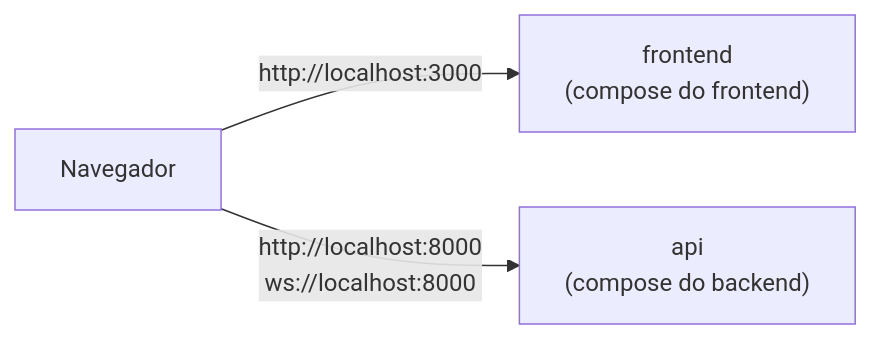
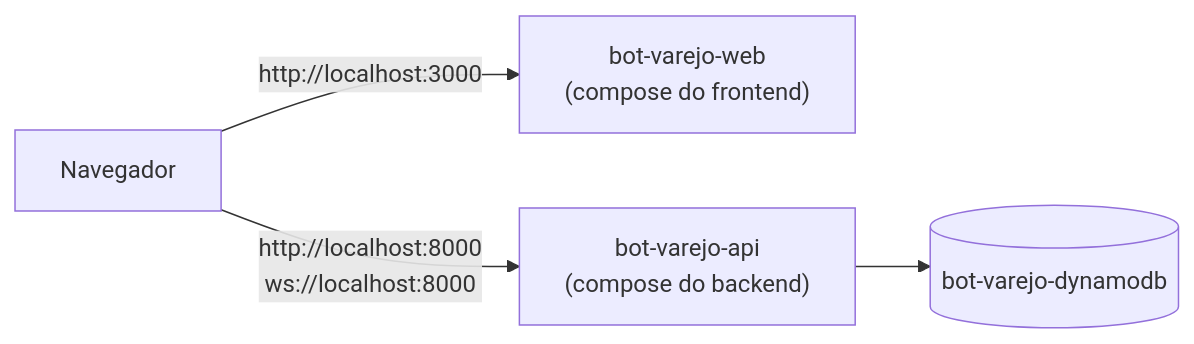
The second of 3 diagrams in backend/docs/08-docker-deploy.md (oseasmoreto/bot-chat), drawn with Mermaid before and after one commit. The commit also changed other lines of this file and 26 other files, not shown here.

````diff
--- a/backend/docs/08-docker-deploy.md
+++ b/backend/docs/08-docker-deploy.md
@@ -124,5 +197,6 @@
 ```mermaid
 flowchart LR
-    b["Navegador"] -->|"http://localhost:3000"| f["frontend<br/>(compose do frontend)"]
-    b -->|"http://localhost:8000<br/>ws://localhost:8000"| a["api<br/>(compose do backend)"]
+    b["Navegador"] -->|"http://localhost:3000"| f["bot-varejo-web<br/>(compose do frontend)"]
+    b -->|"http://localhost:8000<br/>ws://localhost:8000"| a["bot-varejo-api<br/>(compose do backend)"]
+    a --> d[("bot-varejo-dynamodb")]
 ```
````
